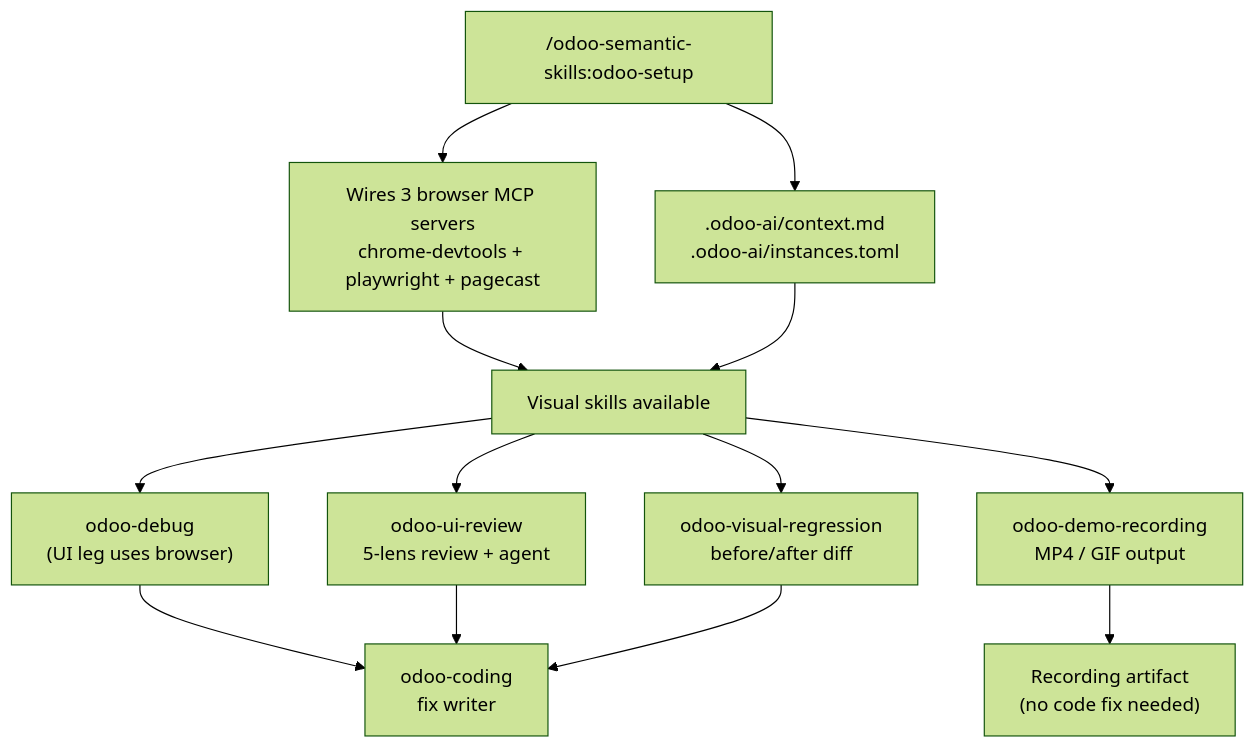
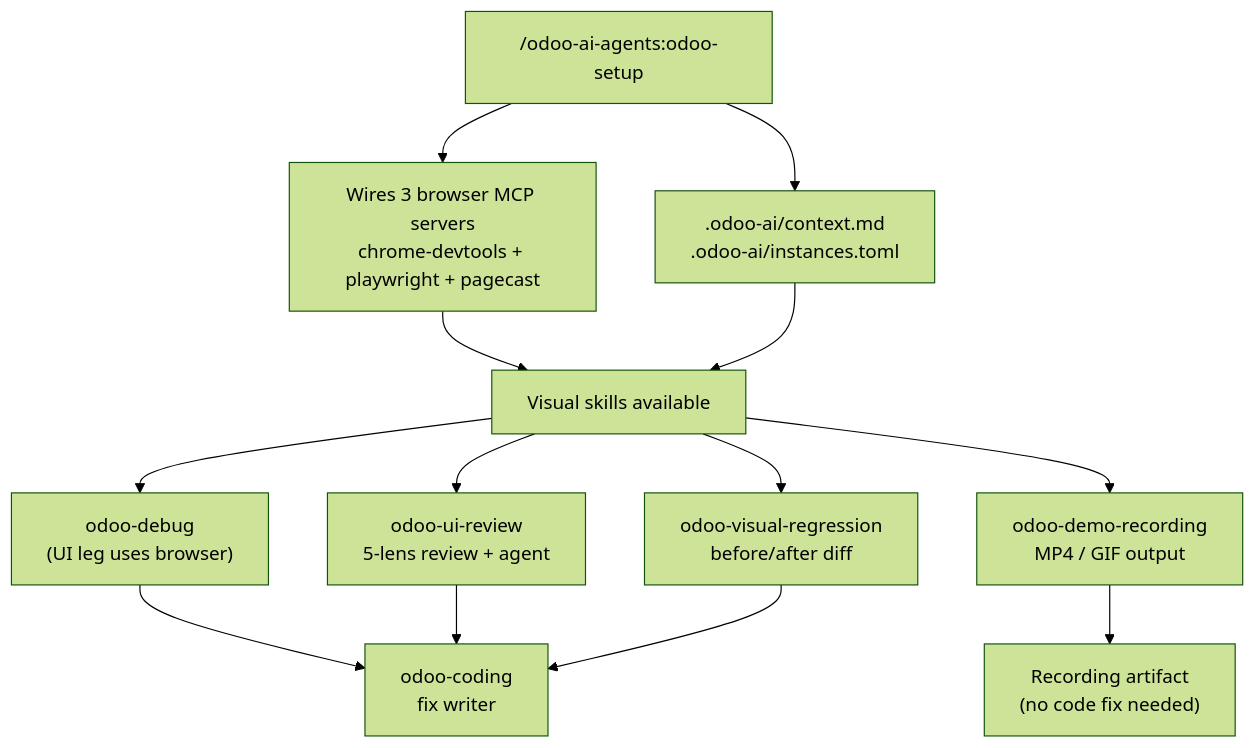
Before and after one commit to Viindoo/odoo-mcp-client: the fifth of 5 diagrams in plugins/odoo-ai-agents/README.md, drawn with Mermaid (forest theme). The commit also changed other lines of this file and 5 other files, not shown here.

````diff
--- a/plugins/odoo-ai-agents/README.md
+++ b/plugins/odoo-ai-agents/README.md
@@ -284,20 +286,20 @@
 ```mermaid
 flowchart TD
-    SETUP["/odoo-semantic-skills:odoo-setup"]
+    SETUP["/odoo-ai-agents:odoo-setup"]
     SETUP --> MCPW["Wires 3 browser MCP servers<br/>chrome-devtools + playwright + pagecast"]
     SETUP --> CTX[".odoo-ai/context.md<br/>.odoo-ai/instances.toml"]
 
     MCPW --> SK["Visual skills available"]
     CTX --> SK
 
     SK --> UID["odoo-debug<br/>(UI leg uses browser)"]
     SK --> UIR["odoo-ui-review<br/>5-lens review + agent"]
     SK --> VR["odoo-visual-regression<br/>before/after diff"]
     SK --> DR["odoo-demo-recording<br/>MP4 / GIF output"]
 
     UID --> FC["odoo-coding<br/>fix writer"]
     UIR --> FC
     VR --> FC
 
     DR --> MEDIA["Recording artifact<br/>(no code fix needed)"]
 ```
````
